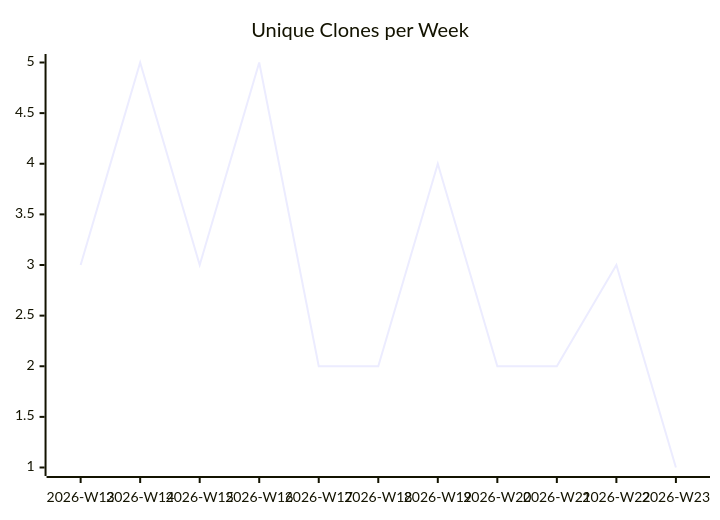
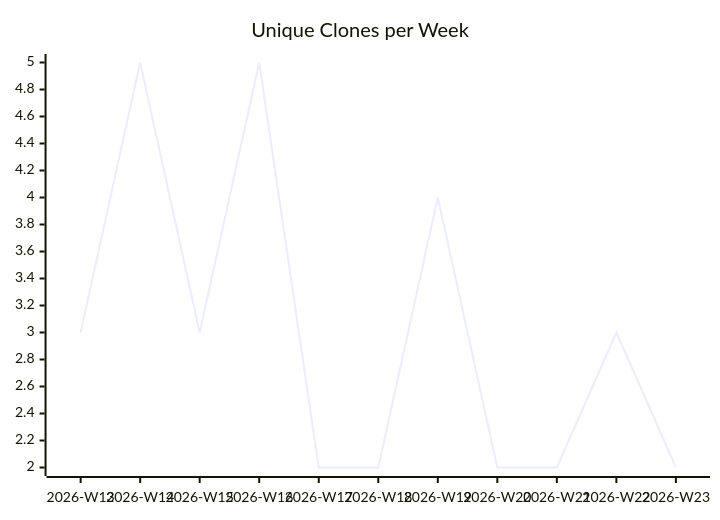
One commit to justdavis-family/github-analytics-data changed the third of 3 diagrams in karlmdavis/ansible-role-bind-dns/README.md. Above: the diagram before and after it, drawn with Mermaid. The commit also changed other lines of this file and 188 other files, not shown here.

````diff
--- a/karlmdavis/ansible-role-bind-dns/README.md
+++ b/karlmdavis/ansible-role-bind-dns/README.md
@@ -19,6 +19,6 @@
 ```mermaid
 xychart-beta
   title "Unique Clones per Week"
   x-axis ["2026-W13", "2026-W14", "2026-W15", "2026-W16", "2026-W17", "2026-W18", "2026-W19", "2026-W20", "2026-W21", "2026-W22", "2026-W23"]
-  line [3, 5, 3, 5, 2, 2, 4, 2, 2, 3, 1]
+  line [3, 5, 3, 5, 2, 2, 4, 2, 2, 3, 2]
 ```
````
